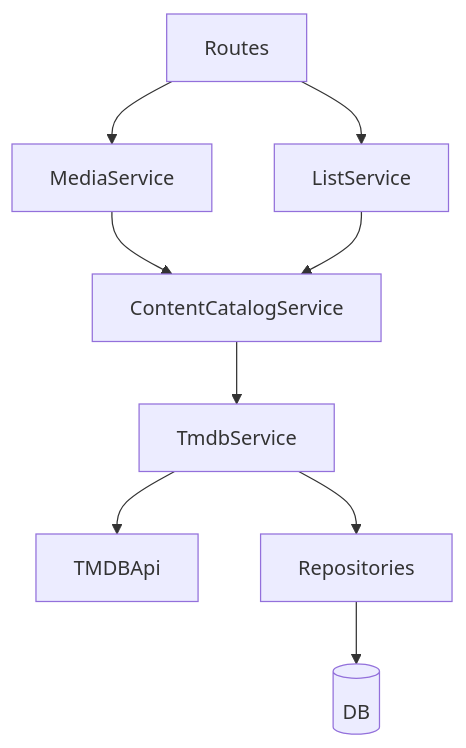
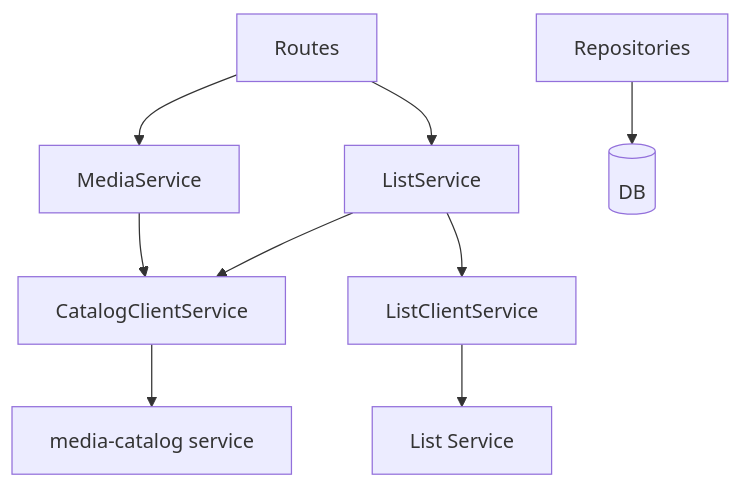
The third of 3 diagrams in docs/architecture/external-sync-and-query-fallback.md (maury91/miauflix), drawn with Mermaid before and after one commit. The commit also changed other lines of this file and 122 other files, not shown here.

First line of the commit message:
feat: move to list service (#40)

````diff
--- a/docs/architecture/external-sync-and-query-fallback.md
+++ b/docs/architecture/external-sync-and-query-fallback.md
@@ -70,20 +70,21 @@
 ```mermaid
 flowchart TB
   Routes[Routes]
   MediaService[MediaService]
   ListService[ListService]
-  ContentCatalogService[ContentCatalogService]
-  TmdbService[TmdbService]
-  TMDBApi[TMDBApi]
+  CatalogClient[CatalogClientService]
+  ListClient[ListClientService]
+  CatalogService[media-catalog service]
+  ListProvider[List Service]
   Repos[Repositories]
   DB[(DB)]
 
   Routes --> MediaService
   Routes --> ListService
-  MediaService --> ContentCatalogService
-  ListService --> ContentCatalogService
-  ContentCatalogService --> TmdbService
-  TmdbService --> TMDBApi
-  TmdbService --> Repos
+  MediaService --> CatalogClient
+  ListService --> CatalogClient
+  ListService --> ListClient
+  CatalogClient --> CatalogService
+  ListClient --> ListProvider
   Repos --> DB
 ```
````
